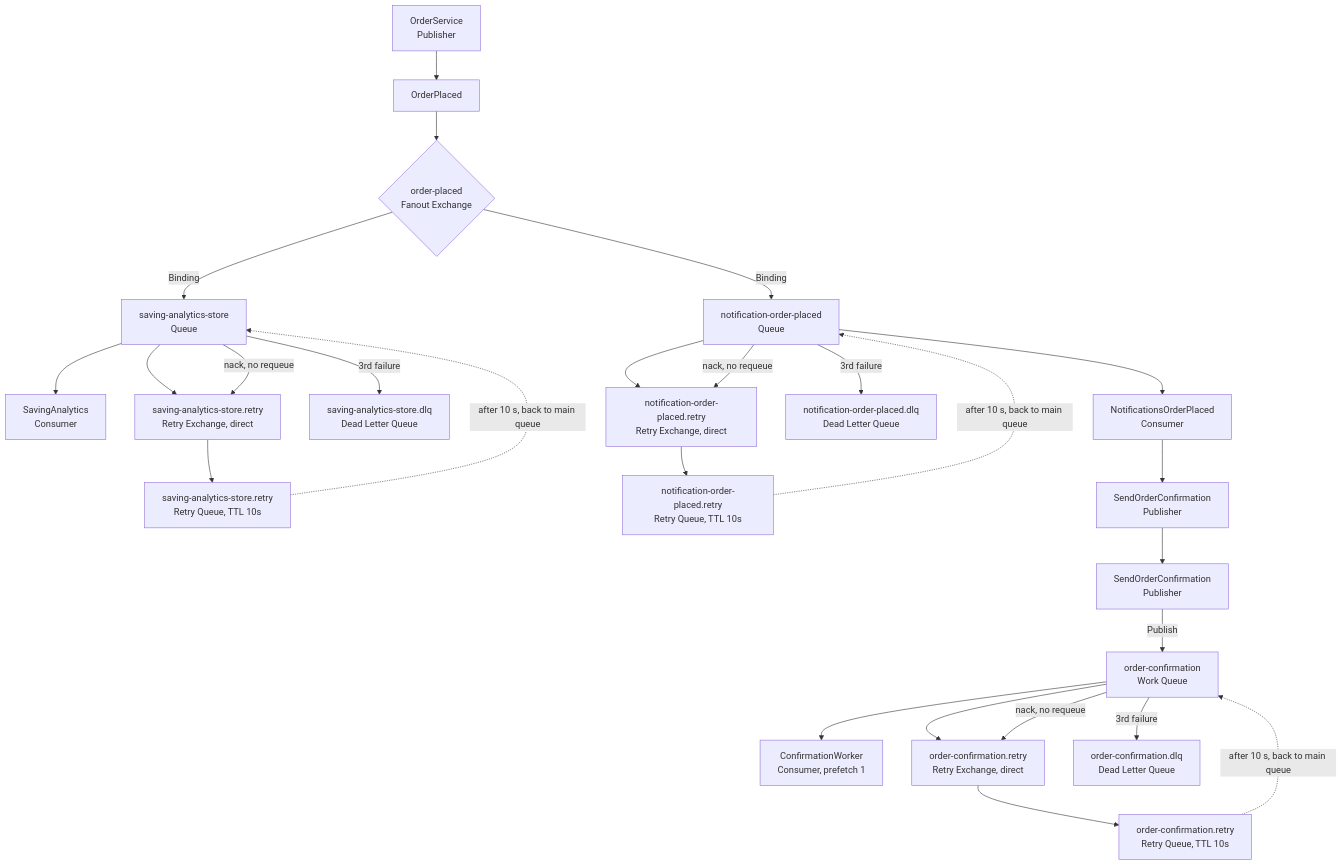
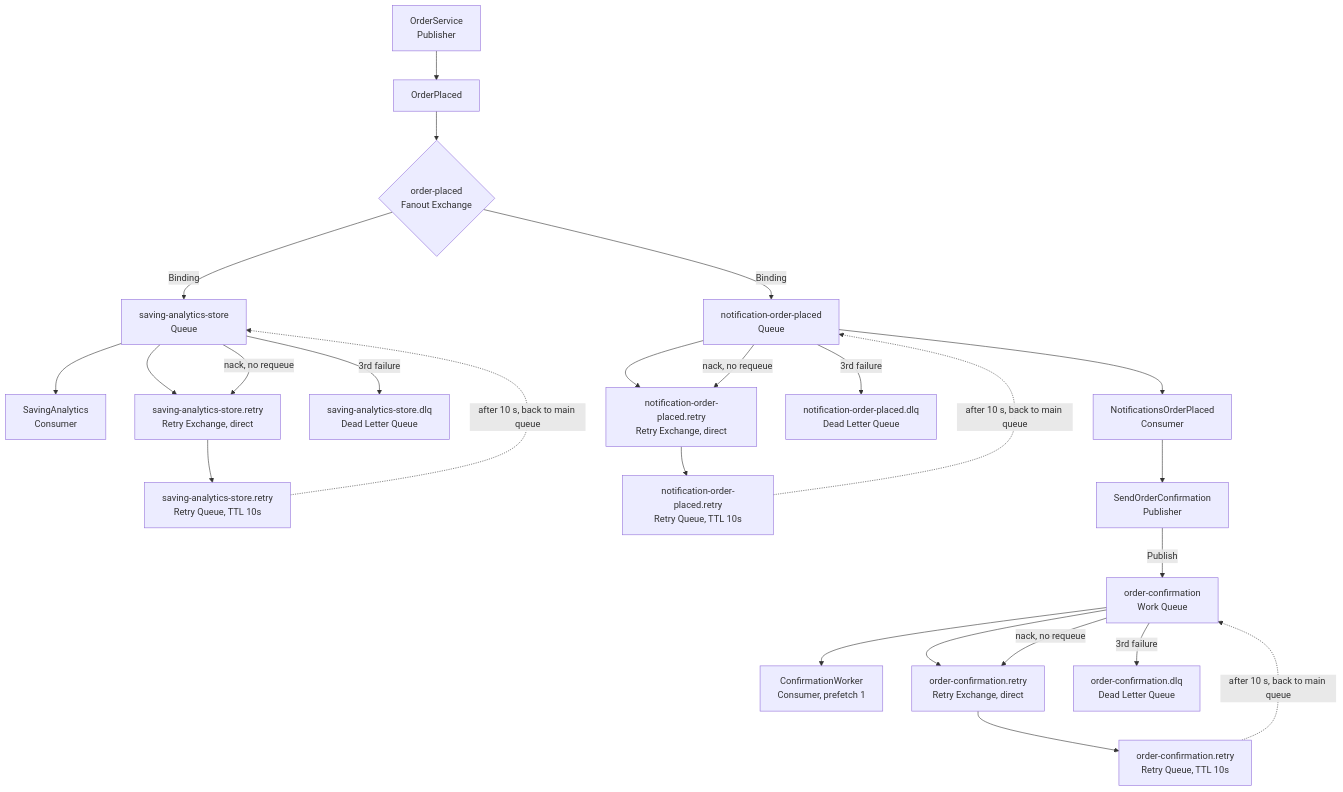
One commit to mt7-2005/Al-Boomeh changed the diagram in Al-Boomeh/docs/day-05-messaging.md. Above: the diagram before and after it, drawn with Mermaid. The commit also changed other lines of this file and 8 other files, not shown here.

````diff
--- a/Al-Boomeh/docs/day-05-messaging.md
+++ b/Al-Boomeh/docs/day-05-messaging.md
@@ -52,38 +52,37 @@
 ```mermaid
 
 flowchart TD
     A["OrderService<br/>Publisher"]
     B["OrderPlaced"]
     C{"order-placed<br/>Fanout Exchange"}
 
     A --> B --> C
 
     C -->|Binding| D["saving-analytics-store<br/>Queue"]
     C -->|Binding| E["notification-order-placed<br/>Queue"]
 
     D --> F["SavingAnalytics<br/>Consumer"]
     D --> G["saving-analytics-store.retry<br/>Retry Exchange, direct"]
     G --> H["saving-analytics-store.retry<br/>Retry Queue, TTL 10s"]
     H -.->|after 10 s, back to main queue| D
     D -->|3rd failure| I["saving-analytics-store.dlq<br/>Dead Letter Queue"]
     D -->|nack, no requeue| G
 
     E --> J["NotificationsOrderPlaced<br/>Consumer"]
     E --> K["notification-order-placed.retry<br/>Retry Exchange, direct"]
     K --> L["notification-order-placed.retry<br/>Retry Queue, TTL 10s"]
     L -.->|after 10 s, back to main queue| E
     E -->|3rd failure| M["notification-order-placed.dlq<br/>Dead Letter Queue"]
     E -->|nack, no requeue| K
 
-    J --> N["SendOrderConfirmation<br/>Publisher"]
-    N --> O["SendOrderConfirmation<br/>Publisher"]
+    J --> O["SendOrderConfirmation<br/>Publisher"]
     O -->|Publish| P["order-confirmation<br/>Work Queue"]
 
     P --> Q["ConfirmationWorker<br/>Consumer, prefetch 1"]
     P --> R["order-confirmation.retry<br/>Retry Exchange, direct"]
     R --> S["order-confirmation.retry<br/>Retry Queue, TTL 10s"]
     S -.->|after 10 s, back to main queue| P
     P -->|3rd failure| T["order-confirmation.dlq<br/>Dead Letter Queue"]
     P -->|nack, no requeue| R
 
 ```
````
